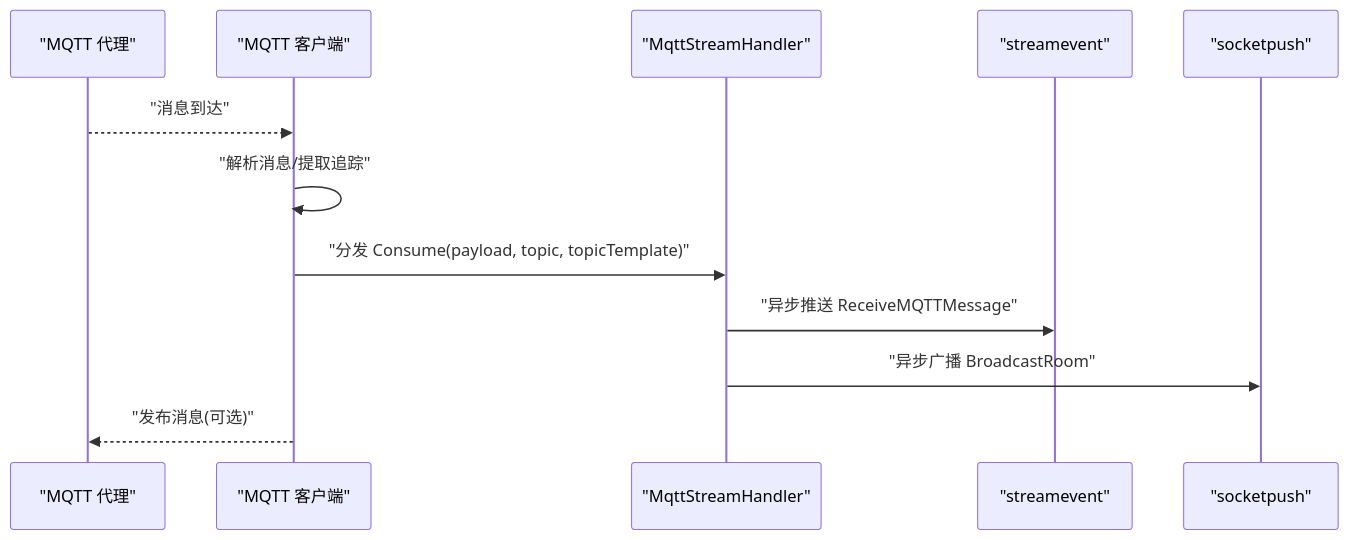
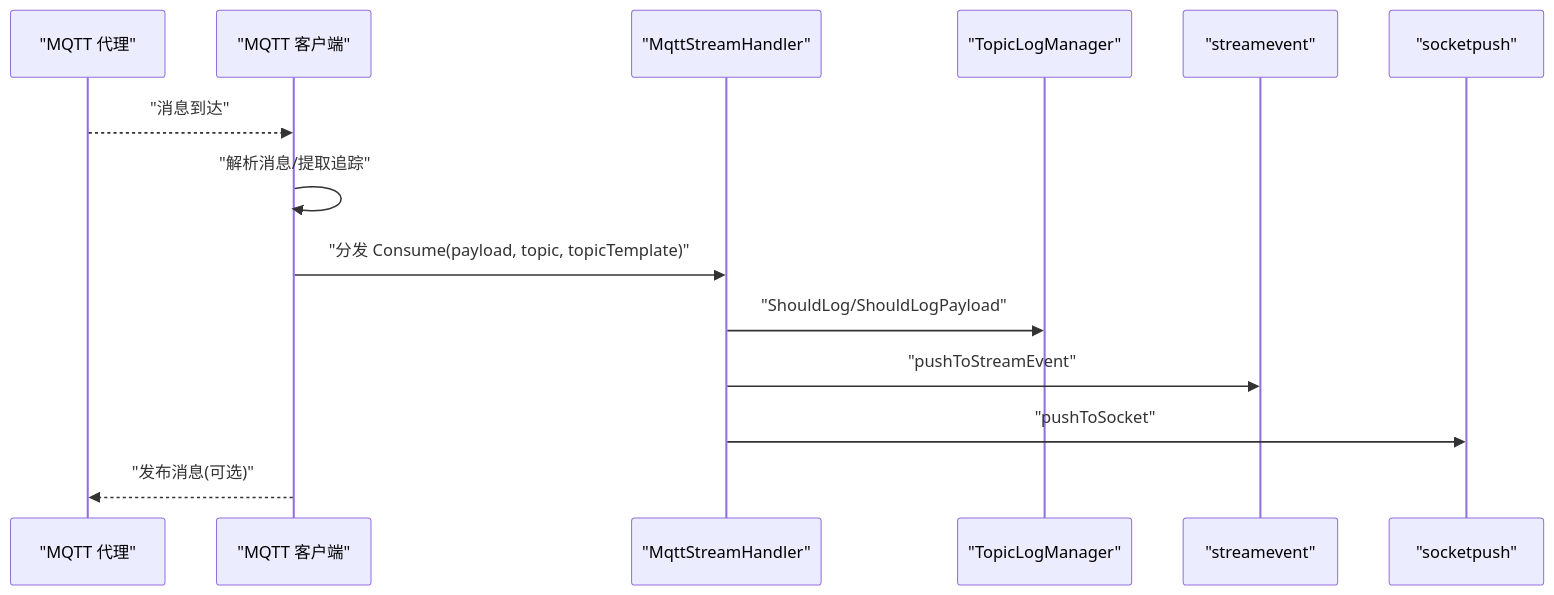
The second of 8 diagrams in .qoder/repowiki/zh/content/核心服务详解/MQTT 协议桥接服务/消息处理与传输.md (maomao94/zero-service), drawn with Mermaid before and after one commit. The commit also changed other lines of this file and 59 other files, not shown here.

````diff
--- a/.qoder/repowiki/zh/content/核心服务详解/MQTT 协议桥接服务/消息处理与传输.md
+++ b/.qoder/repowiki/zh/content/核心服务详解/MQTT 协议桥接服务/消息处理与传输.md
@@ -98,14 +114,16 @@
 ```mermaid
 sequenceDiagram
 participant Broker as "MQTT 代理"
 participant Client as "MQTT 客户端"
 participant Handler as "MqttStreamHandler"
+participant LogManager as "TopicLogManager"
 participant Stream as "streamevent"
 participant Socket as "socketpush"
 Broker-->>Client : "消息到达"
 Client->>Client : "解析消息/提取追踪"
 Client->>Handler : "分发 Consume(payload, topic, topicTemplate)"
-Handler->>Stream : "异步推送 ReceiveMQTTMessage"
-Handler->>Socket : "异步广播 BroadcastRoom"
+Handler->>LogManager : "ShouldLog/ShouldLogPayload"
+Handler->>Stream : "pushToStreamEvent"
+Handler->>Socket : "pushToSocket"
 Client-->>Broker : "发布消息(可选)"
 ```
````
